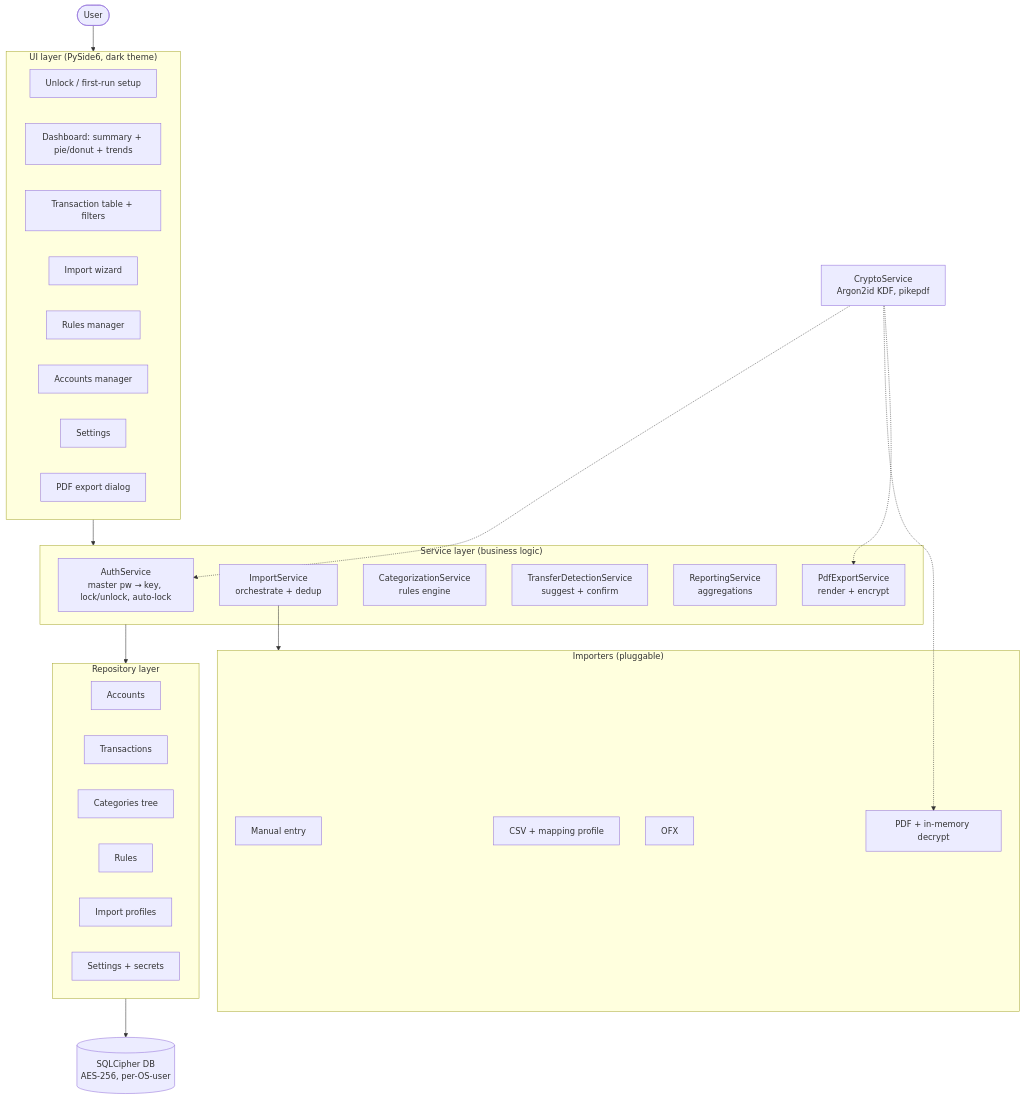
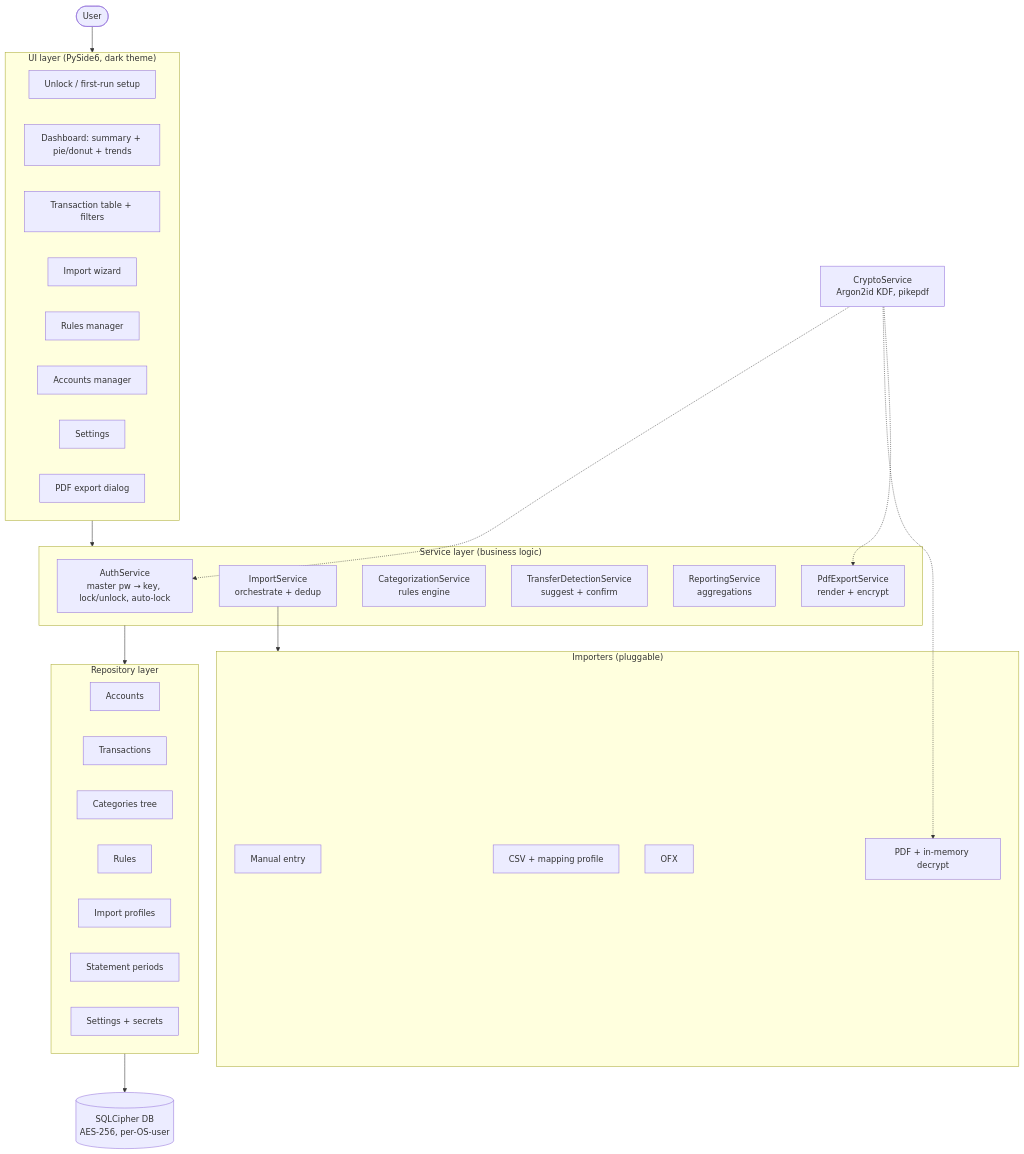
The diagram in docs/design.md (milnet01/finbreak), drawn with Mermaid before and after one commit. The commit also changed other lines of this file and 3 other files, not shown here.

````diff
--- a/docs/design.md
+++ b/docs/design.md
@@ -20,51 +20,52 @@
 ```mermaid
 flowchart TB
     User([User]) --> UI
 
     subgraph UI["UI layer (PySide6, dark theme)"]
         Unlock[Unlock / first-run setup]
         Dash[Dashboard: summary + pie/donut + trends]
         TxTable[Transaction table + filters]
         ImportWiz[Import wizard]
         Rules[Rules manager]
         Accounts[Accounts manager]
         Settings[Settings]
         Export[PDF export dialog]
     end
 
     UI --> Svc
 
     subgraph Svc["Service layer (business logic)"]
         Auth[AuthService<br/>master pw → key, lock/unlock, auto-lock]
         Import[ImportService<br/>orchestrate + dedup]
         Cat[CategorizationService<br/>rules engine]
         Transfer[TransferDetectionService<br/>suggest + confirm]
         Report[ReportingService<br/>aggregations]
         PdfOut[PdfExportService<br/>render + encrypt]
     end
 
     subgraph Importers["Importers (pluggable)"]
         Manual[Manual entry]
         Csv[CSV + mapping profile]
         Ofx[OFX]
         PdfIn[PDF + in-memory decrypt]
     end
 
     Import --> Importers
     Svc --> Repo
 
     subgraph Repo["Repository layer"]
         AccRepo[Accounts]
         TxRepo[Transactions]
         CatRepo[Categories tree]
         RuleRepo[Rules]
         ProfRepo[Import profiles]
+        StmtRepo[Statement periods]
         SetRepo[Settings + secrets]
     end
 
     Repo --> DB[(SQLCipher DB<br/>AES-256, per-OS-user)]
 
     Crypto[CryptoService<br/>Argon2id KDF, pikepdf] -.-> Auth
     Crypto -.-> PdfIn
     Crypto -.-> PdfOut
 ```
````
